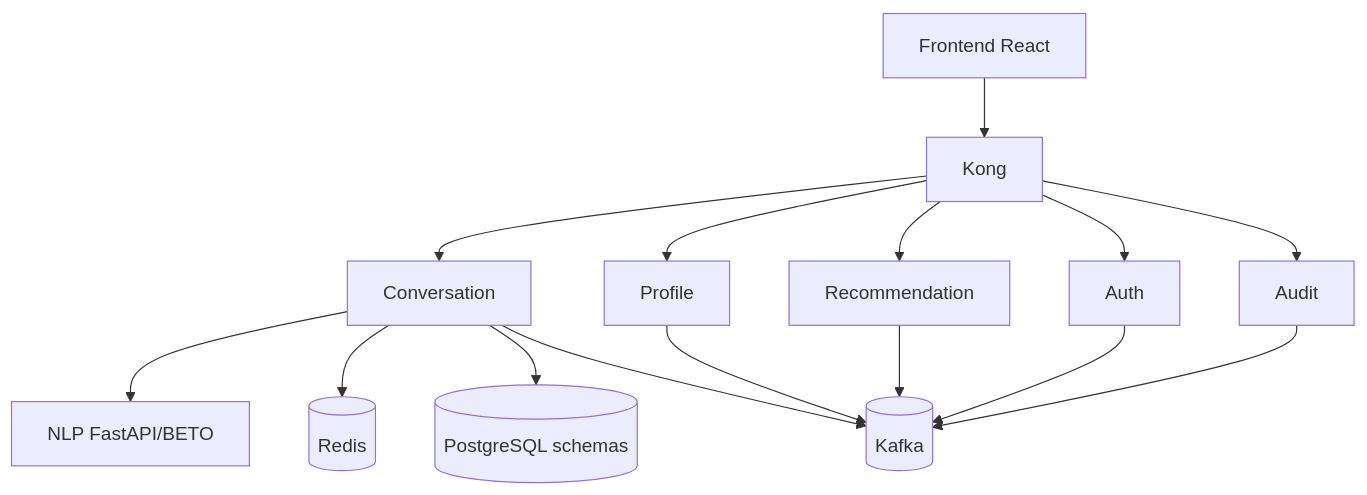
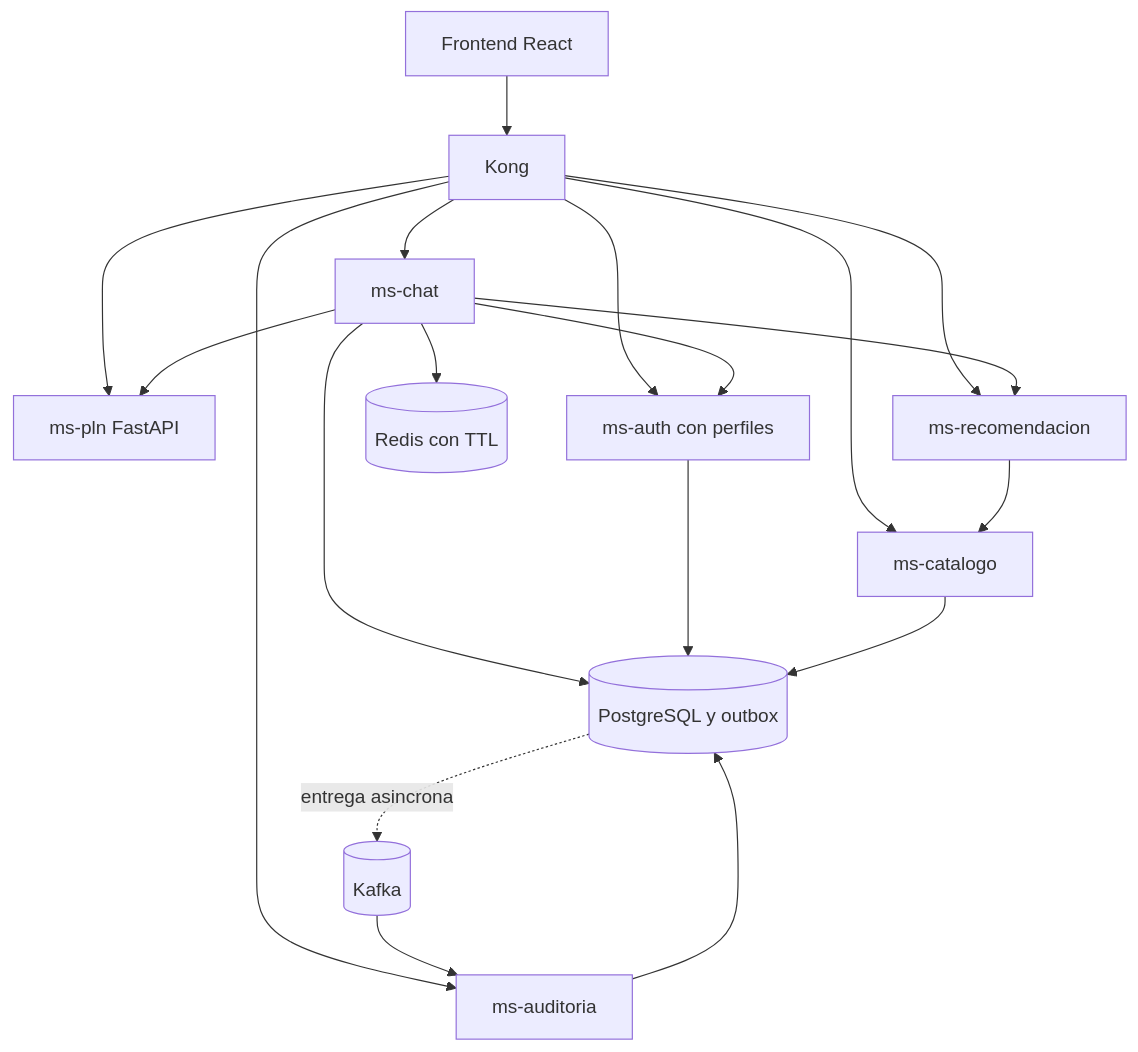
The diagram in docs/architecture/c4.md (danielb1004/ciudadano-ai), drawn with Mermaid before and after one commit. The commit also changed other lines of this file and 151 other files, not shown here.

````diff
--- a/docs/architecture/c4.md
+++ b/docs/architecture/c4.md
@@ -15,14 +3,21 @@
 ```mermaid
 flowchart TB
- FE[Frontend React] --> K[Kong]
- K --> C[Conversation]
- K --> P[Profile]
- K --> R[Recommendation]
- K --> A[Auth]
- K --> AU[Audit]
- C --> N[NLP FastAPI/BETO]
- C --> RED[(Redis)]
- C --> PG[(PostgreSQL schemas)]
- C --> Kafka[(Kafka)]
- P --> Kafka; R --> Kafka; A --> Kafka; AU --> Kafka
+  F[Frontend React] --> K[Kong]
+  K --> C[ms-chat]
+  K --> N[ms-pln FastAPI]
+  K --> CA[ms-catalogo]
+  K --> A[ms-auth con perfiles]
+  K --> R[ms-recomendacion]
+  K --> AU[ms-auditoria]
+  C --> A
+  C --> N
+  C --> R
+  R --> CA
+  C --> PG[(PostgreSQL y outbox)]
+  A --> PG
+  CA --> PG
+  AU --> PG
+  C --> RD[(Redis con TTL)]
+  PG -. entrega asincrona .-> KF[(Kafka)]
+  KF --> AU
 ```
````
